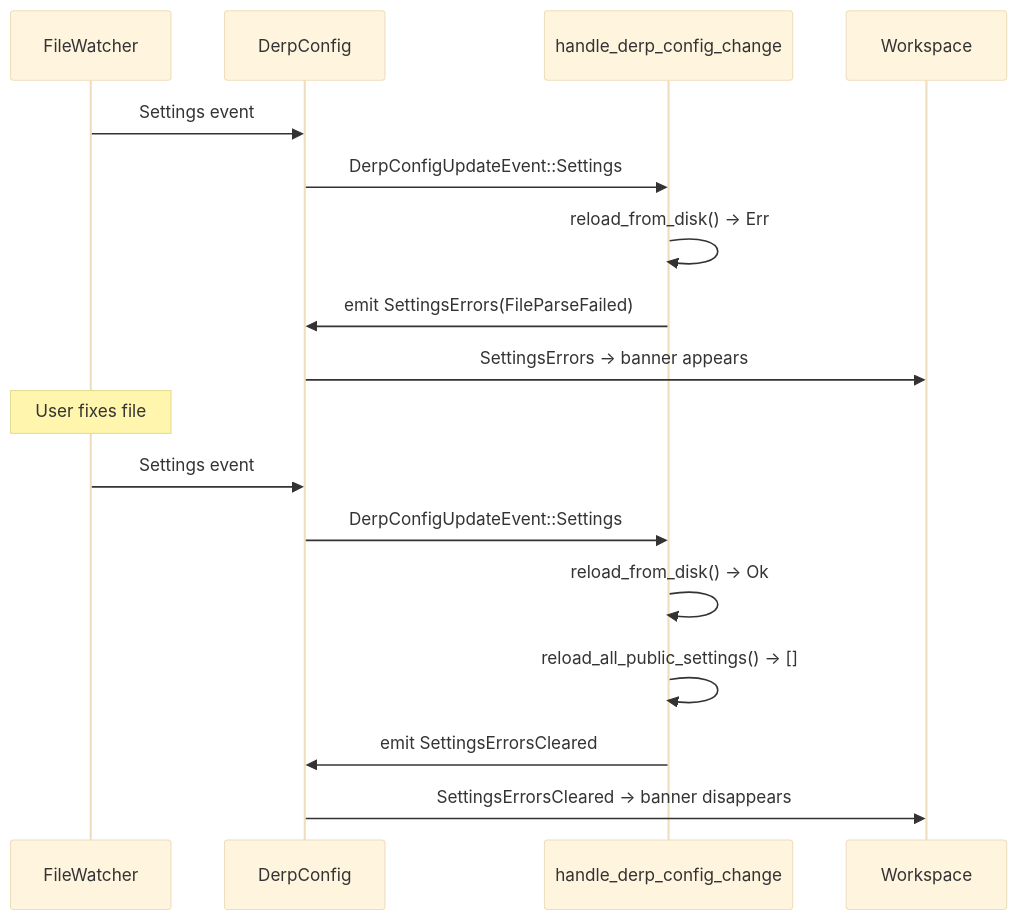
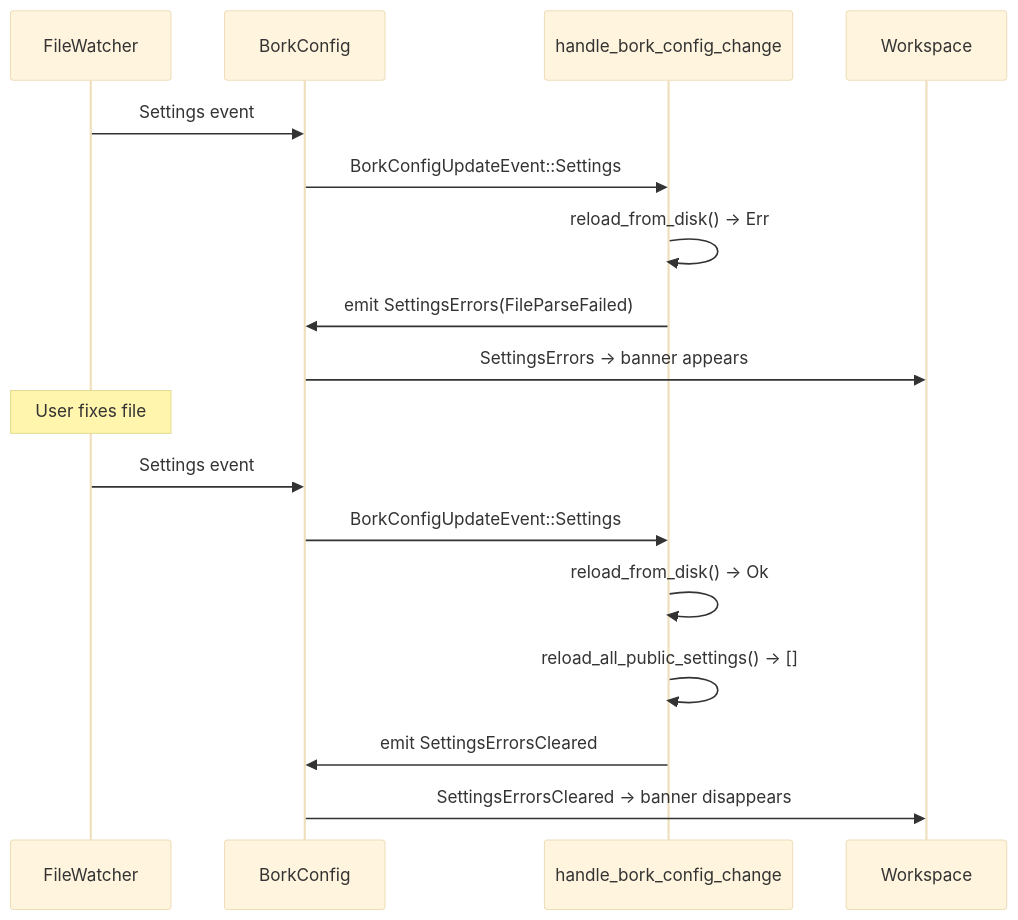
Before and after one commit to antikrust/krust-terminal: the second of 2 diagrams in specs/danielpeng/QUALITY-429/TECH.md, drawn with Mermaid (base theme). The commit also changed other lines of this file and 4477 other files, not shown here.

First line of the commit message:
Rebrand Derp -> Bork

````diff
--- a/specs/danielpeng/QUALITY-429/TECH.md
+++ b/specs/danielpeng/QUALITY-429/TECH.md
@@ -106,21 +106,21 @@
 ```mermaid
 sequenceDiagram
     participant FileWatcher
-    participant DerpConfig
-    participant Handler as handle_derp_config_change
+    participant BorkConfig
+    participant Handler as handle_bork_config_change
     participant Workspace
 
-    FileWatcher->>DerpConfig: Settings event
-    DerpConfig->>Handler: DerpConfigUpdateEvent::Settings
+    FileWatcher->>BorkConfig: Settings event
+    BorkConfig->>Handler: BorkConfigUpdateEvent::Settings
     Handler->>Handler: reload_from_disk() → Err
-    Handler->>DerpConfig: emit SettingsErrors(FileParseFailed)
-    DerpConfig->>Workspace: SettingsErrors → banner appears
+    Handler->>BorkConfig: emit SettingsErrors(FileParseFailed)
+    BorkConfig->>Workspace: SettingsErrors → banner appears
 
     Note over FileWatcher: User fixes file
-    FileWatcher->>DerpConfig: Settings event
-    DerpConfig->>Handler: DerpConfigUpdateEvent::Settings
+    FileWatcher->>BorkConfig: Settings event
+    BorkConfig->>Handler: BorkConfigUpdateEvent::Settings
     Handler->>Handler: reload_from_disk() → Ok
     Handler->>Handler: reload_all_public_settings() → []
-    Handler->>DerpConfig: emit SettingsErrorsCleared
-    DerpConfig->>Workspace: SettingsErrorsCleared → banner disappears
+    Handler->>BorkConfig: emit SettingsErrorsCleared
+    BorkConfig->>Workspace: SettingsErrorsCleared → banner disappears
 ```
````
